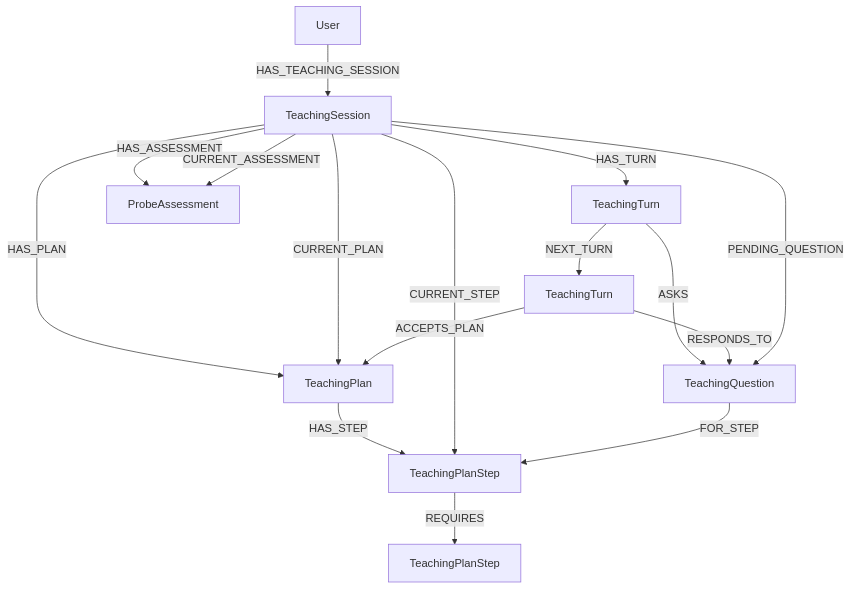
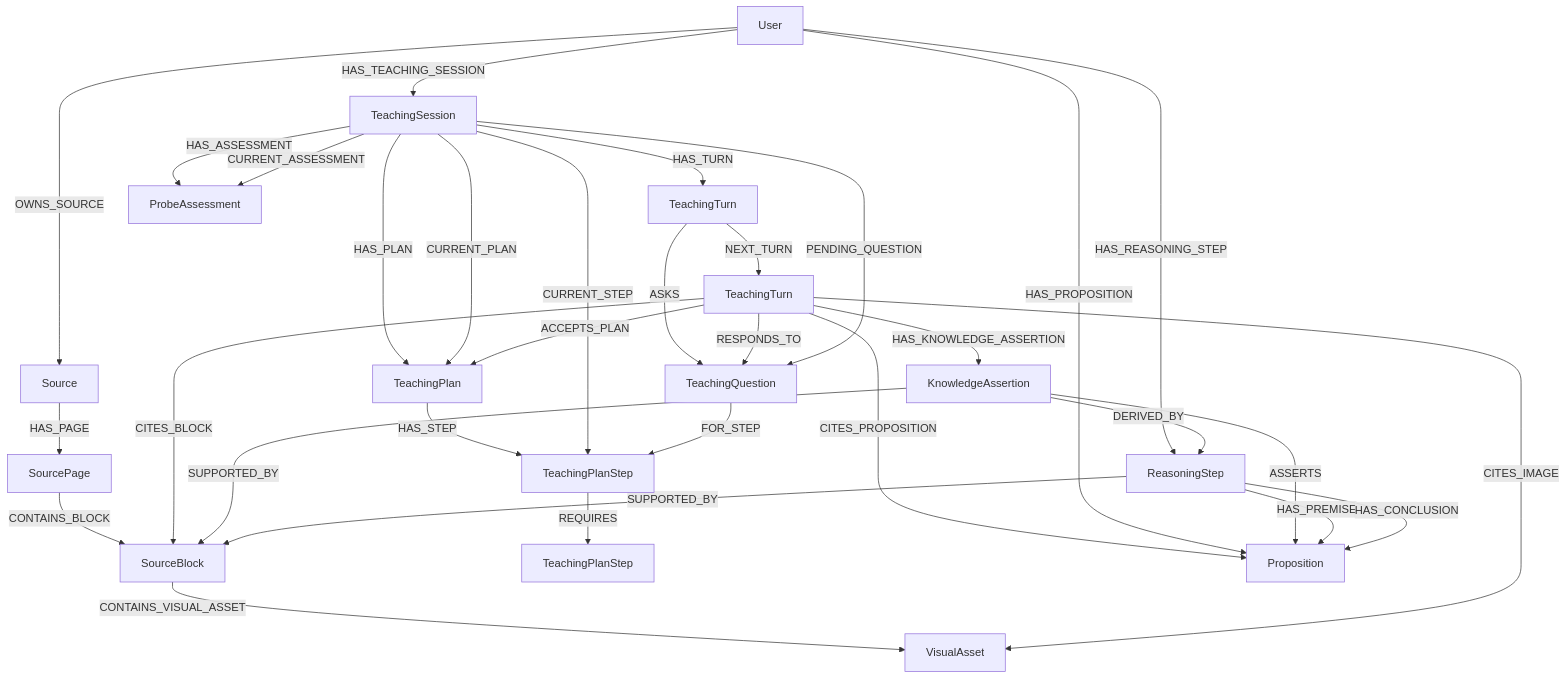
Before and after one commit to CrashHermit/kms: the diagram in docs/TEACHING_SESSIONS.md, drawn with Mermaid. The commit also changed other lines of this file and 249 other files, not shown here.

Commit message:
Implement durable teaching and knowledge workflows

````diff
--- a/docs/TEACHING_SESSIONS.md
+++ b/docs/TEACHING_SESSIONS.md
@@ -143,18 +204,34 @@
 ```mermaid
 flowchart TD
-    U[User] -->|HAS_TEACHING_SESSION| S[TeachingSession]
+    U[User] -->|OWNS_SOURCE| SO[Source]
+    SO -->|HAS_PAGE| PG[SourcePage]
+    PG -->|CONTAINS_BLOCK| B[SourceBlock]
+    B -->|CONTAINS_VISUAL_ASSET| I[VisualAsset]
+    U -->|HAS_TEACHING_SESSION| S[TeachingSession]
     S -->|HAS_TURN| T[TeachingTurn]
     T -->|NEXT_TURN| N[TeachingTurn]
     T -->|ASKS| Q[TeachingQuestion]
     N -->|RESPONDS_TO| Q
     S -->|PENDING_QUESTION| Q
     S -->|HAS_ASSESSMENT| A[ProbeAssessment]
     S -->|CURRENT_ASSESSMENT| A
     S -->|HAS_PLAN| P[TeachingPlan]
     S -->|CURRENT_PLAN| P
     P -->|HAS_STEP| PS[TeachingPlanStep]
     PS -->|REQUIRES| PR[TeachingPlanStep]
     S -->|CURRENT_STEP| PS
     Q -->|FOR_STEP| PS
     N -->|ACCEPTS_PLAN| P
+    N -->|CITES_BLOCK| B
+    N -->|CITES_IMAGE| I
+    N -->|CITES_PROPOSITION| KP[Proposition]
+    U -->|HAS_PROPOSITION| KP
+    U -->|HAS_REASONING_STEP| R[ReasoningStep]
+    N -->|HAS_KNOWLEDGE_ASSERTION| KA[KnowledgeAssertion]
+    KA -->|ASSERTS| KP
+    KA -->|SUPPORTED_BY| B
+    KA -->|DERIVED_BY| R
+    R -->|HAS_PREMISE| KP
+    R -->|HAS_CONCLUSION| KP
+    R -->|SUPPORTED_BY| B
 ```
````
